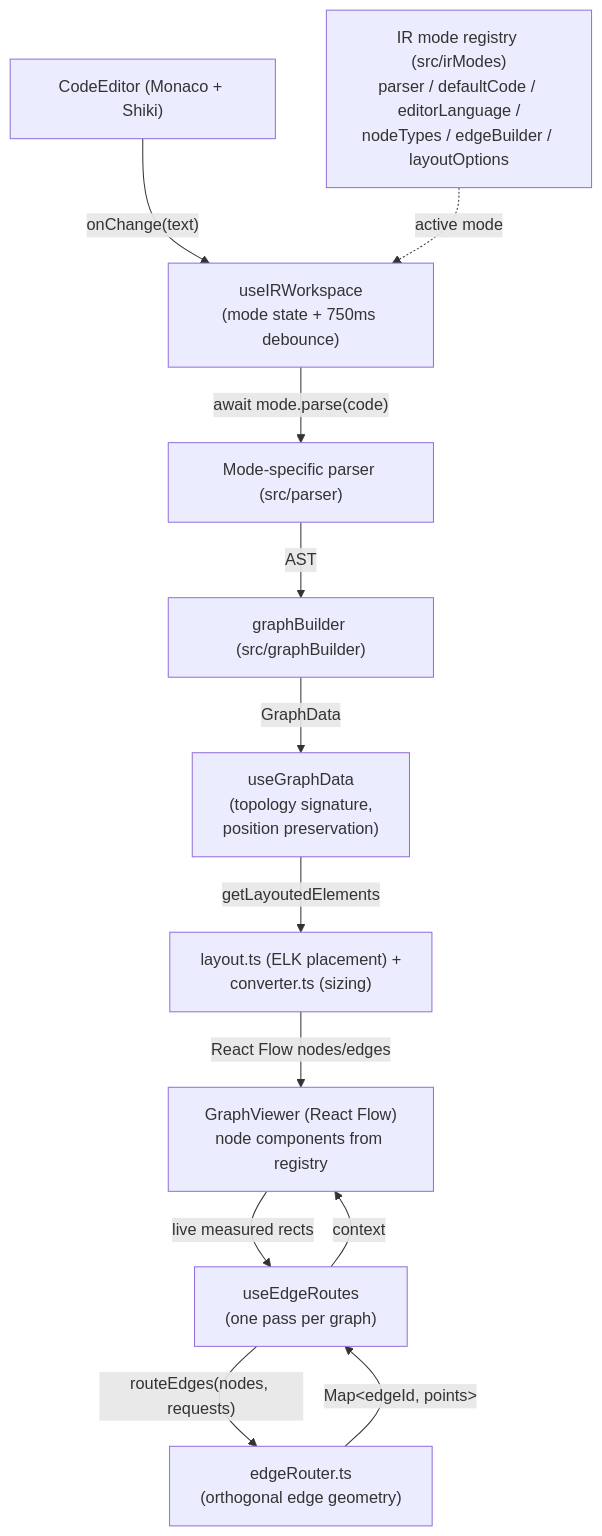
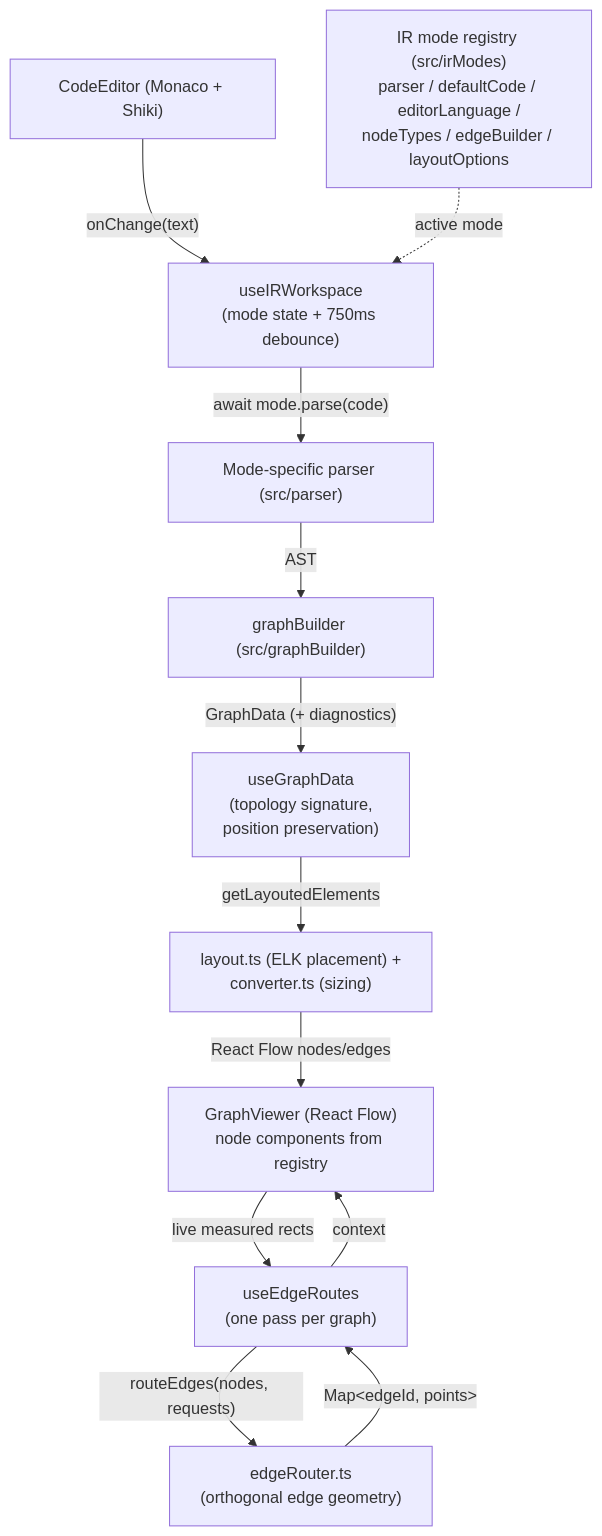
One commit to himadajin/ir-visualizer changed the diagram in docs/internal/architecture.md. Above: the diagram before and after it, drawn with Mermaid. The commit also changed other lines of this file and 19 other files, not shown here.

````diff
--- a/docs/internal/architecture.md
+++ b/docs/internal/architecture.md
@@ -7,14 +7,14 @@
 ```mermaid
 flowchart TD
   Editor["CodeEditor (Monaco + Shiki)"] -->|"onChange(text)"| Workspace["useIRWorkspace<br/>(mode state + 750ms debounce)"]
   Registry["IR mode registry (src/irModes)<br/>parser / defaultCode / editorLanguage /<br/>nodeTypes / edgeBuilder / layoutOptions"] -.->|"active mode"| Workspace
   Workspace -->|"await mode.parse(code)"| Parser["Mode-specific parser (src/parser)"]
   Parser -->|AST| Builder["graphBuilder (src/graphBuilder)"]
-  Builder -->|GraphData| GraphHook["useGraphData<br/>(topology signature,<br/>position preservation)"]
+  Builder -->|"GraphData (+ diagnostics)"| GraphHook["useGraphData<br/>(topology signature,<br/>position preservation)"]
   GraphHook -->|"getLayoutedElements"| Layout["layout.ts (ELK placement) +<br/>converter.ts (sizing)"]
   Layout -->|"React Flow nodes/edges"| Viewer["GraphViewer (React Flow)<br/>node components from registry"]
   Viewer -->|"live measured rects"| Routes["useEdgeRoutes<br/>(one pass per graph)"]
   Routes -->|"routeEdges(nodes, requests)"| Router["edgeRouter.ts<br/>(orthogonal edge geometry)"]
   Router -->|"Map&lt;edgeId, points&gt;"| Routes
   Routes -->|"context"| Viewer
 ```
````
